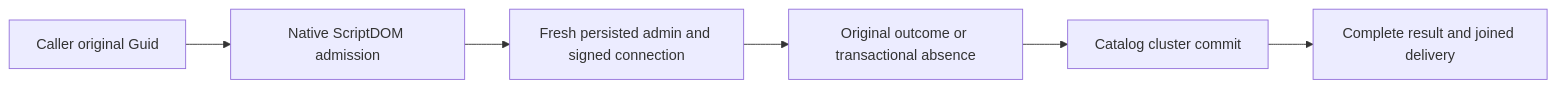
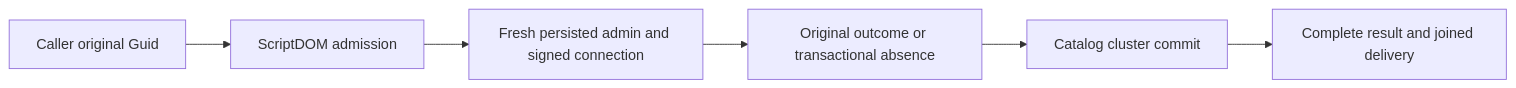
Before and after one commit to managedcode/KeyLoad: the diagram in docs/Features/RelationalStorage/CreateTable.md, drawn with Mermaid. The commit also changed other lines of this file and 9016 other files, not shown here.

````diff
--- a/docs/Features/RelationalStorage/CreateTable.md
+++ b/docs/Features/RelationalStorage/CreateTable.md
@@ -15,8 +15,8 @@
 ```mermaid
 flowchart LR
- A[Caller original Guid] --> B[Native ScriptDOM admission]
+ A[Caller original Guid] --> B[ScriptDOM admission]
  B --> C[Fresh persisted admin and signed connection]
  C --> D[Original outcome or transactional absence]
  D --> E[Catalog cluster commit]
  E --> F[Complete result and joined delivery]
 ```
````
